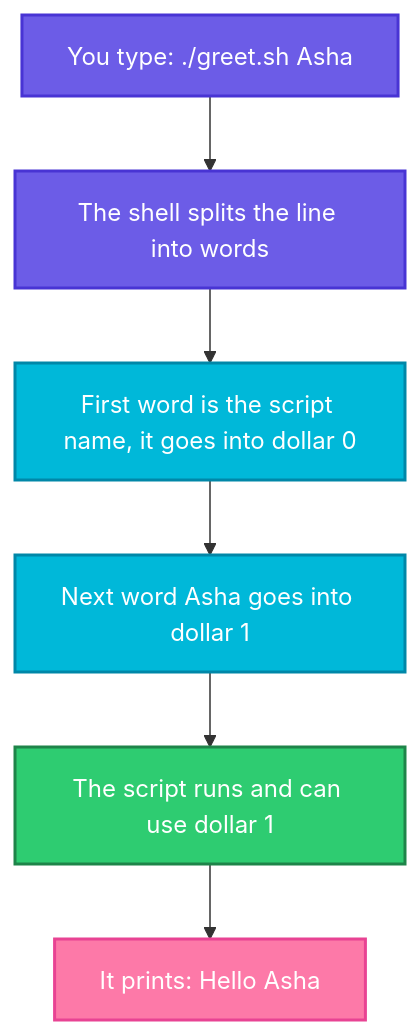
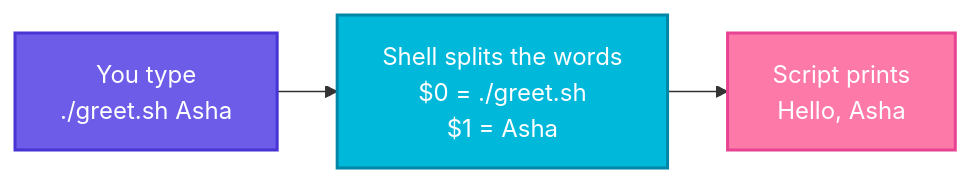
Before and after one commit to codeKerdosTech/DevOps-Documentation: the diagram in shell-script/03-arguments-and-input.md, drawn with Mermaid. The commit also changed other lines of this file and 10 other files, not shown here.

Commit message:
updated shell-script

````diff
--- a/shell-script/03-arguments-and-input.md
+++ b/shell-script/03-arguments-and-input.md
@@ -60,16 +62,13 @@
 ```mermaid
-flowchart TD
-    A["You type: ./greet.sh Asha"] --> B["The shell splits the line into words"]
-    B --> C["First word is the script name, it goes into dollar 0"]
-    C --> D["Next word Asha goes into dollar 1"]
-    D --> E["The script runs and can use dollar 1"]
-    E --> F["It prints: Hello Asha"]
+%%{init: {"flowchart": {"nodeSpacing": 30, "rankSpacing": 40}}}%%
+flowchart LR
+    A["You type<br/>./greet.sh Asha"] --> B["Shell splits the words<br/>$0 = ./greet.sh<br/>$1 = Asha"] --> C["Script prints<br/>Hello, Asha"]
     classDef start fill:#6C5CE7,stroke:#4834D4,stroke-width:2px,color:#fff
     classDef proc fill:#00B8D9,stroke:#0087A8,stroke-width:2px,color:#fff
+    classDef dec fill:#FFC312,stroke:#E1A100,stroke-width:2px,color:#222
     classDef ok fill:#2ECC71,stroke:#1E8449,stroke-width:2px,color:#fff
     classDef out fill:#FD79A8,stroke:#E84393,stroke-width:2px,color:#fff
-    class A,B start
-    class C,D proc
-    class E ok
-    class F out
+    class A start
+    class B proc
+    class C out
 ```
````
